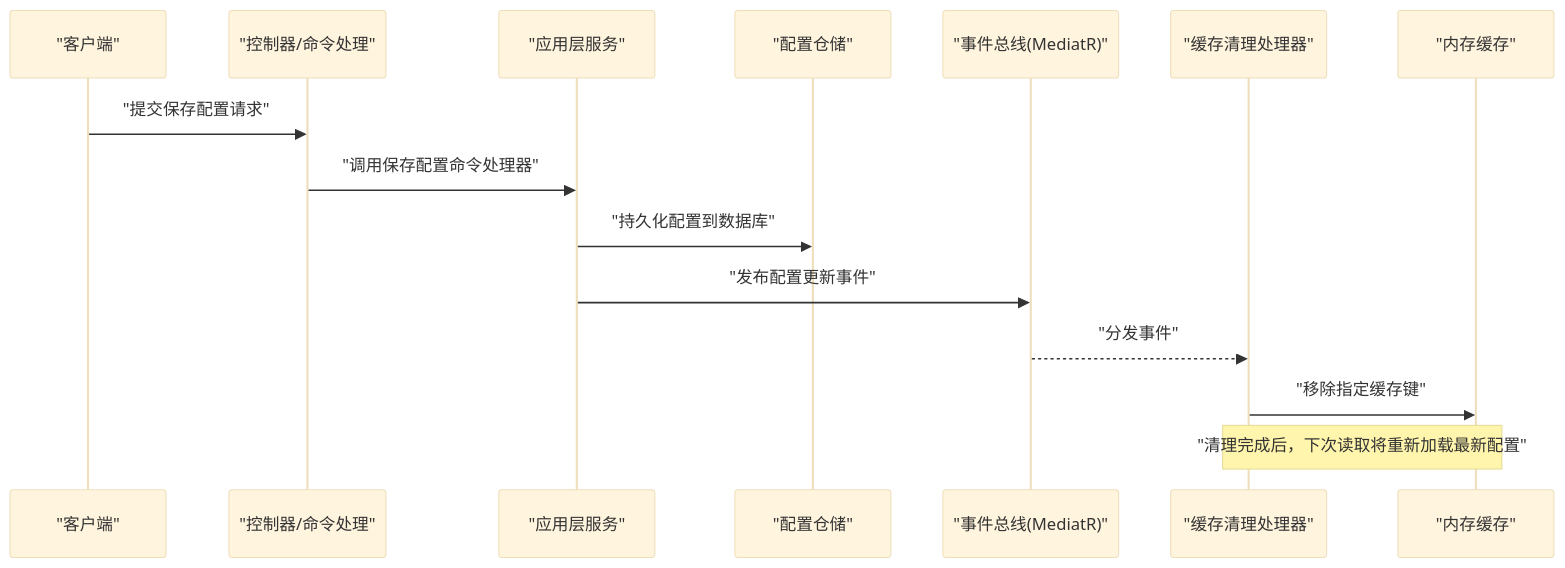
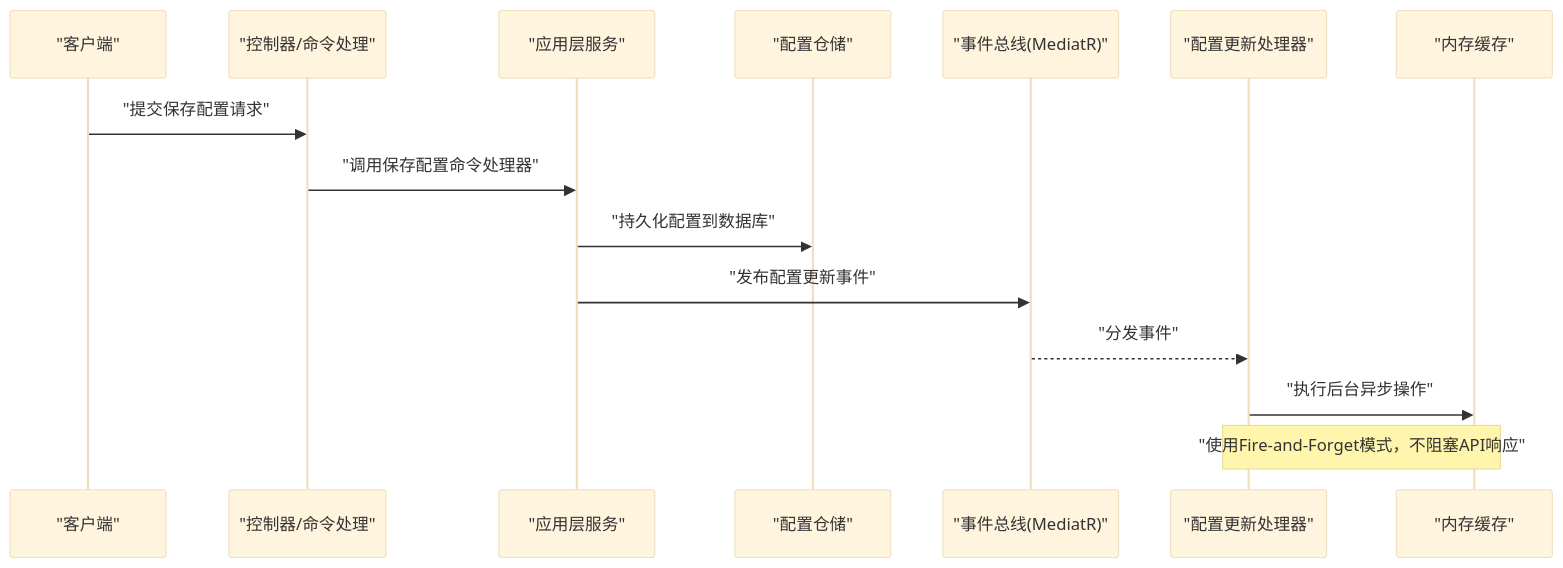
The second of 4 diagrams in .qoder/repowiki/zh/content/应用服务层/缓存管理.md (whitemousetl/IndustrialDataSolution), drawn with Mermaid (base theme) before and after one commit. The commit also changed other lines of this file and 18 other files, not shown here.

````diff
--- a/.qoder/repowiki/zh/content/应用服务层/缓存管理.md
+++ b/.qoder/repowiki/zh/content/应用服务层/缓存管理.md
@@ -104,17 +113,17 @@
 ```mermaid
 sequenceDiagram
 participant Client as "客户端"
 participant API as "控制器/命令处理"
 participant App as "应用层服务"
 participant Repo as "配置仓储"
 participant Bus as "事件总线(MediatR)"
-participant Handler as "缓存清理处理器"
+participant Handler as "配置更新处理器"
 participant Cache as "内存缓存"
 Client->>API : "提交保存配置请求"
 API->>App : "调用保存配置命令处理器"
 App->>Repo : "持久化配置到数据库"
 App->>Bus : "发布配置更新事件"
 Bus-->>Handler : "分发事件"
-Handler->>Cache : "移除指定缓存键"
-Note over Handler,Cache : "清理完成后，下次读取将重新加载最新配置"
+Handler->>Cache : "执行后台异步操作"
+Note over Handler,Cache : "使用Fire-and-Forget模式，不阻塞API响应"
 ```
````
